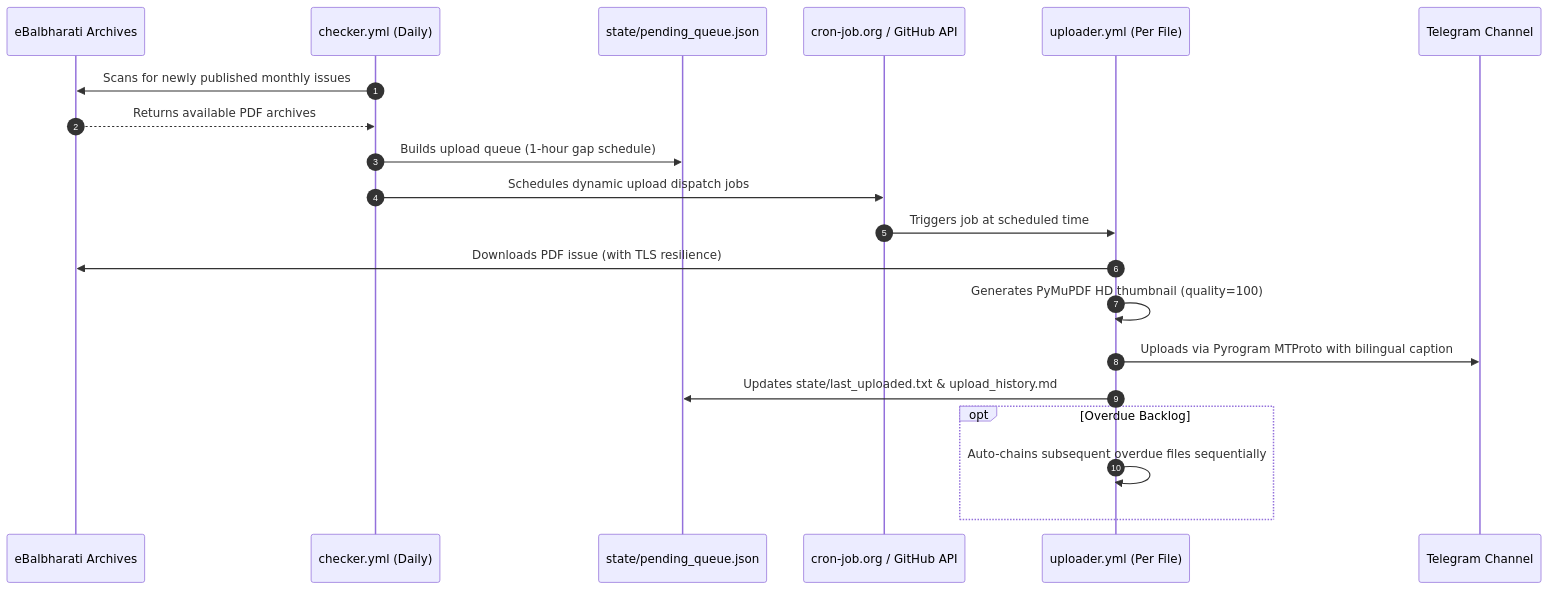
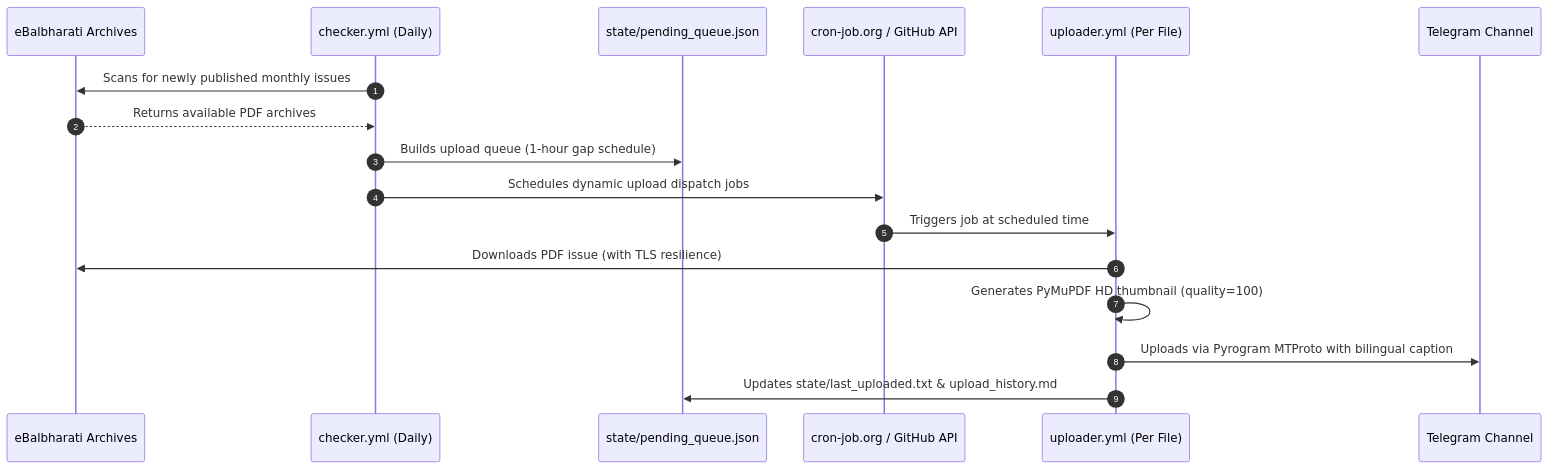
One commit to nOneCode4u/kishor-publisher changed the diagram in README.md. Above: the diagram before and after it, drawn with Mermaid. The commit also changed other lines of this file and 1 other file, not shown here.

Commit message:
fix: respect scheduled queue time and remove instant auto-upload
- Ensure uploader processes only the single scheduled item and exits
- Preserve 1-hour staggered interval without immediate auto-chaining

````diff
--- a/README.md
+++ b/README.md
@@ -29,23 +29,20 @@
 ```mermaid
 sequenceDiagram
     autonumber
     participant Site as eBalbharati Archives
     participant Checker as checker.yml (Daily)
     participant State as state/pending_queue.json
     participant Cron as cron-job.org / GitHub API
     participant Uploader as uploader.yml (Per File)
     participant TG as Telegram Channel
 
     Checker->>Site: Scans for newly published monthly issues
     Site-->>Checker: Returns available PDF archives
     Checker->>State: Builds upload queue (1-hour gap schedule)
     Checker->>Cron: Schedules dynamic upload dispatch jobs
     Cron->>Uploader: Triggers job at scheduled time
     Uploader->>Site: Downloads PDF issue (with TLS resilience)
     Uploader->>Uploader: Generates PyMuPDF HD thumbnail (quality=100)
     Uploader->>TG: Uploads via Pyrogram MTProto with bilingual caption
     Uploader->>State: Updates state/last_uploaded.txt & upload_history.md
-    opt Overdue Backlog
-        Uploader->>Uploader: Auto-chains subsequent overdue files sequentially
-    end
 ```
````
